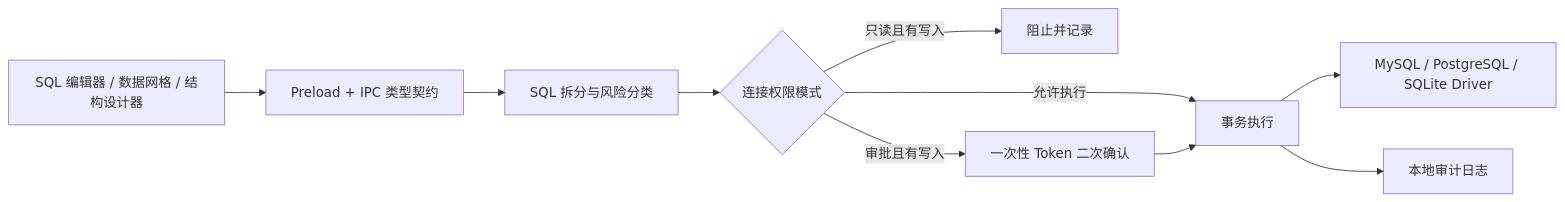
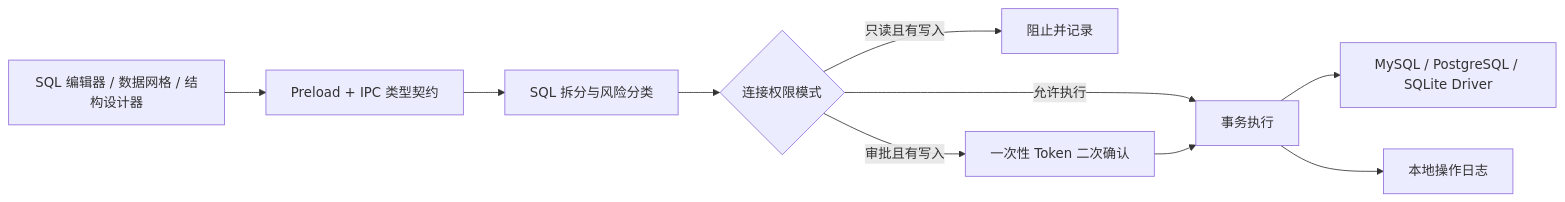
Before and after one commit to qq1060656096/safe-db: the diagram in README.md, drawn with Mermaid. The commit also changed other lines of this file and 18 other files, not shown here.

````diff
--- a/README.md
+++ b/README.md
@@ -49,12 +66,12 @@
 ```mermaid
 flowchart LR
     UI["SQL 编辑器 / 数据网格 / 结构设计器"] --> IPC["Preload + IPC 类型契约"]
     IPC --> Split["SQL 拆分与风险分类"]
     Split --> Policy{"连接权限模式"}
     Policy -->|只读且有写入| Deny["阻止并记录"]
     Policy -->|审批且有写入| Confirm["一次性 Token 二次确认"]
     Policy -->|允许执行| Tx["事务执行"]
     Confirm --> Tx
     Tx --> Driver["MySQL / PostgreSQL / SQLite Driver"]
-    Tx --> Audit["本地审计日志"]
+    Tx --> Audit["本地操作日志"]
 ```
````
